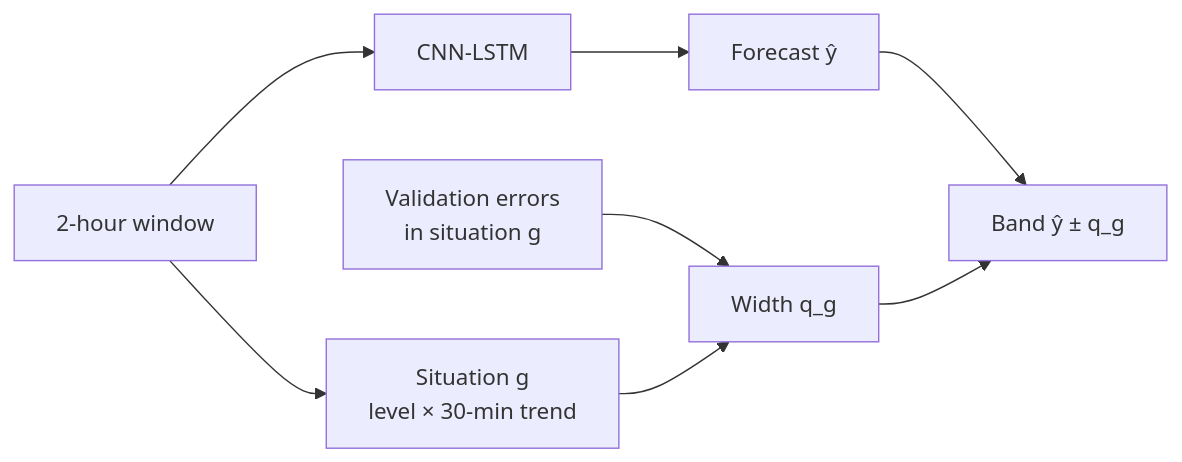
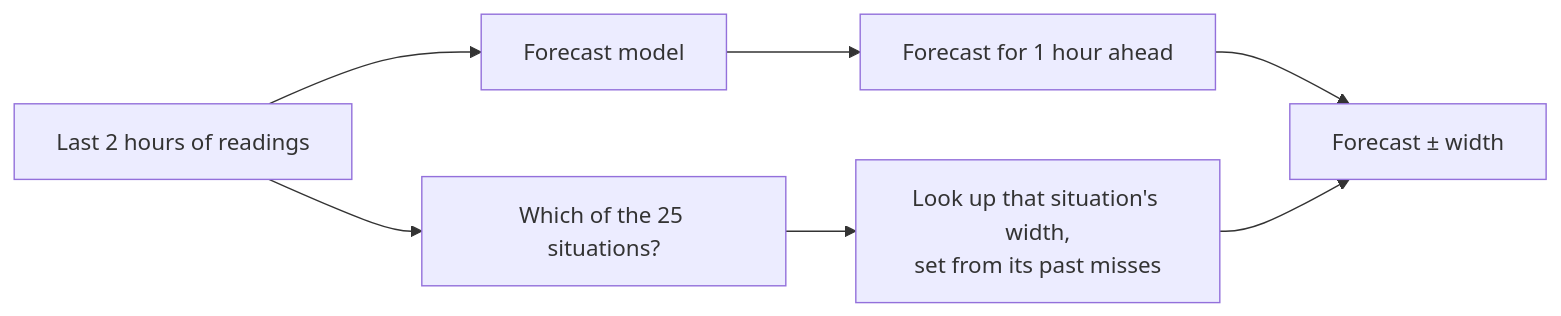
One commit to TomerWeissman/TomerWeissman.github.io changed the diagram in src/content/projects/situation-aware-uncertainty.mdx. Above: the diagram before and after it, drawn with Mermaid. The commit also changed other lines of this file and 8 other files, not shown here.

````diff
--- a/src/content/projects/situation-aware-uncertainty.mdx
+++ b/src/content/projects/situation-aware-uncertainty.mdx
@@ -75,10 +67,9 @@
 ```mermaid
 flowchart LR
-  A[2-hour window] --> B[CNN-LSTM]
-  B --> C[Forecast ŷ]
-  A --> D[Situation g<br/>level × 30-min trend]
-  E[Validation errors<br/>in situation g] --> F[Width q_g]
-  D --> F
-  C --> G[Band ŷ ± q_g]
-  F --> G
+  A[Last 2 hours of readings] --> B[Forecast model]
+  B --> C[Forecast for 1 hour ahead]
+  A --> D[Which of the 25 situations?]
+  D --> E[Look up that situation's width,<br/>set from its past misses]
+  C --> F[Forecast ± width]
+  E --> F
 ```
````
